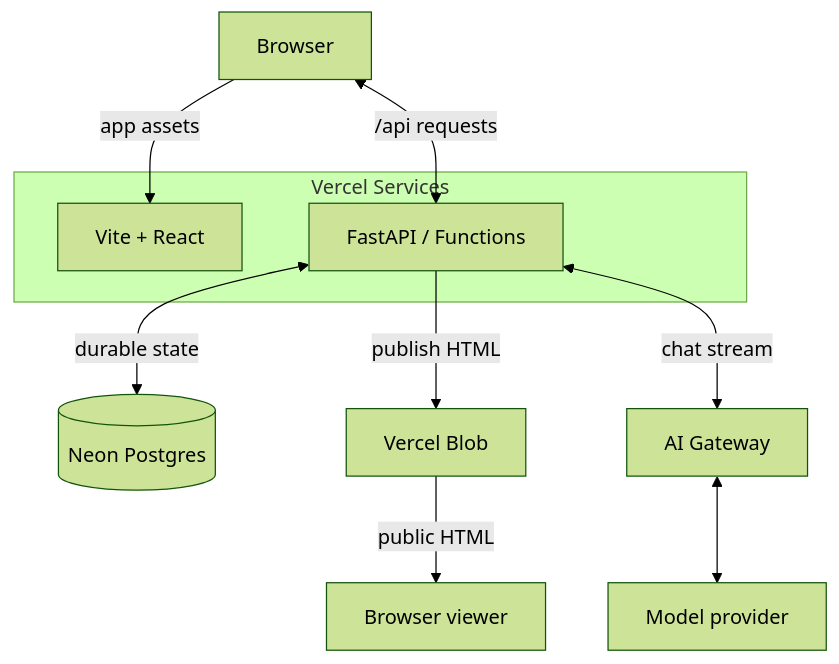
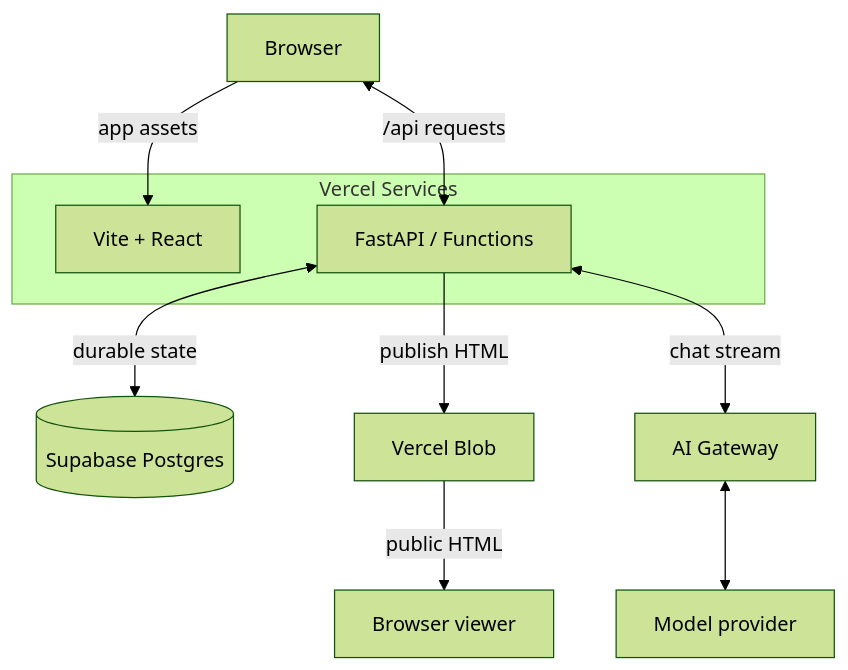
Before and after one commit to 1st1/notebook-factory: the first of 2 diagrams in lat.md/architecture.md, drawn with Mermaid (forest theme). The commit also changed other lines of this file and 10 other files, not shown here.

Commit message:
Support Supabase deployment and add architecture tour

````diff
--- a/lat.md/architecture.md
+++ b/lat.md/architecture.md
@@ -11,15 +11,15 @@
 ```mermaid
 flowchart TB
     browser["Browser"]
     subgraph app["Vercel Services"]
         web["Vite + React"]
         api["FastAPI / Functions"]
     end
     browser -->|"app assets"| web
     browser <-->|"/api requests"| api
-    api <-->|"durable state"| neon[("Neon Postgres")]
+    api <-->|"durable state"| supabase[("Supabase Postgres")]
     api -->|"publish HTML"| blob["Vercel Blob"]
     api <-->|"chat stream"| gateway["AI Gateway"]
     gateway <--> model["Model provider"]
     blob -->|"public HTML"| viewer["Browser viewer"]
 ```
````
